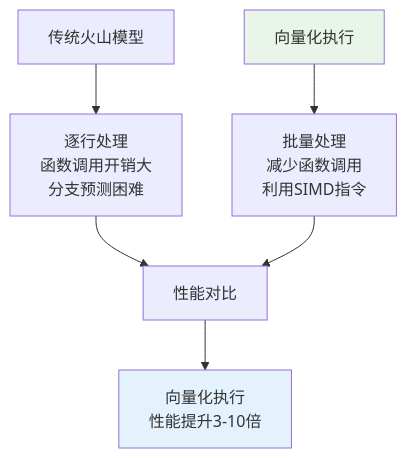
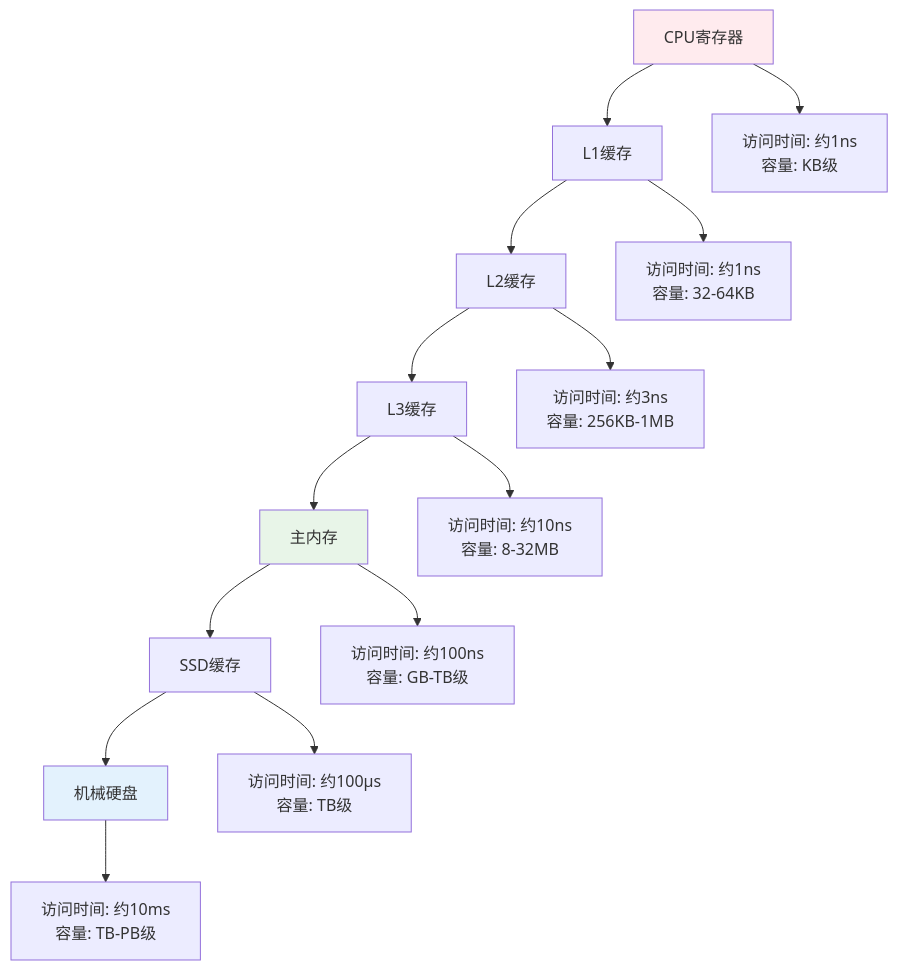
Before and after one commit to crazypenguincode/duckdb: the second of 2 diagrams in md/第二章-相关背景与理论基础.md, drawn with Mermaid. The commit also changed other lines of this file and 4 other files, not shown here.

````diff
--- a/md/第二章-相关背景与理论基础.md
+++ b/md/第二章-相关背景与理论基础.md
@@ -161,12 +36,21 @@
 ```mermaid
-graph TB
-    A[传统火山模型] --> A1[逐行处理<br/>函数调用开销大<br/>分支预测困难]
-    B[向量化执行] --> B1[批量处理<br/>减少函数调用<br/>利用SIMD指令]
+graph TD
+    A[CPU寄存器] --> B[L1缓存]
+    B --> C[L2缓存]
+    C --> D[L3缓存]
+    D --> E[主内存]
+    E --> F[SSD缓存]
+    F --> G[机械硬盘]
     
-    A1 --> C[性能对比]
-    B1 --> C
-    C --> D[向量化执行<br/>性能提升3-10倍]
+    A --> A1[访问时间: 约1ns<br/>容量: KB级]
+    B --> B1[访问时间: 约1ns<br/>容量: 32-64KB]
+    C --> C1[访问时间: 约3ns<br/>容量: 256KB-1MB]
+    D --> D1[访问时间: 约10ns<br/>容量: 8-32MB]
+    E --> E1[访问时间: 约100ns<br/>容量: GB-TB级]
+    F --> F1[访问时间: 约100μs<br/>容量: TB级]
+    G --> G1[访问时间: 约10ms<br/>容量: TB-PB级]
     
-    style B fill:#e8f5e8
-    style D fill:#e3f2fd
+    style A fill:#ffebee
+    style E fill:#e8f5e8
+    style G fill:#e3f2fd
 ```
````
